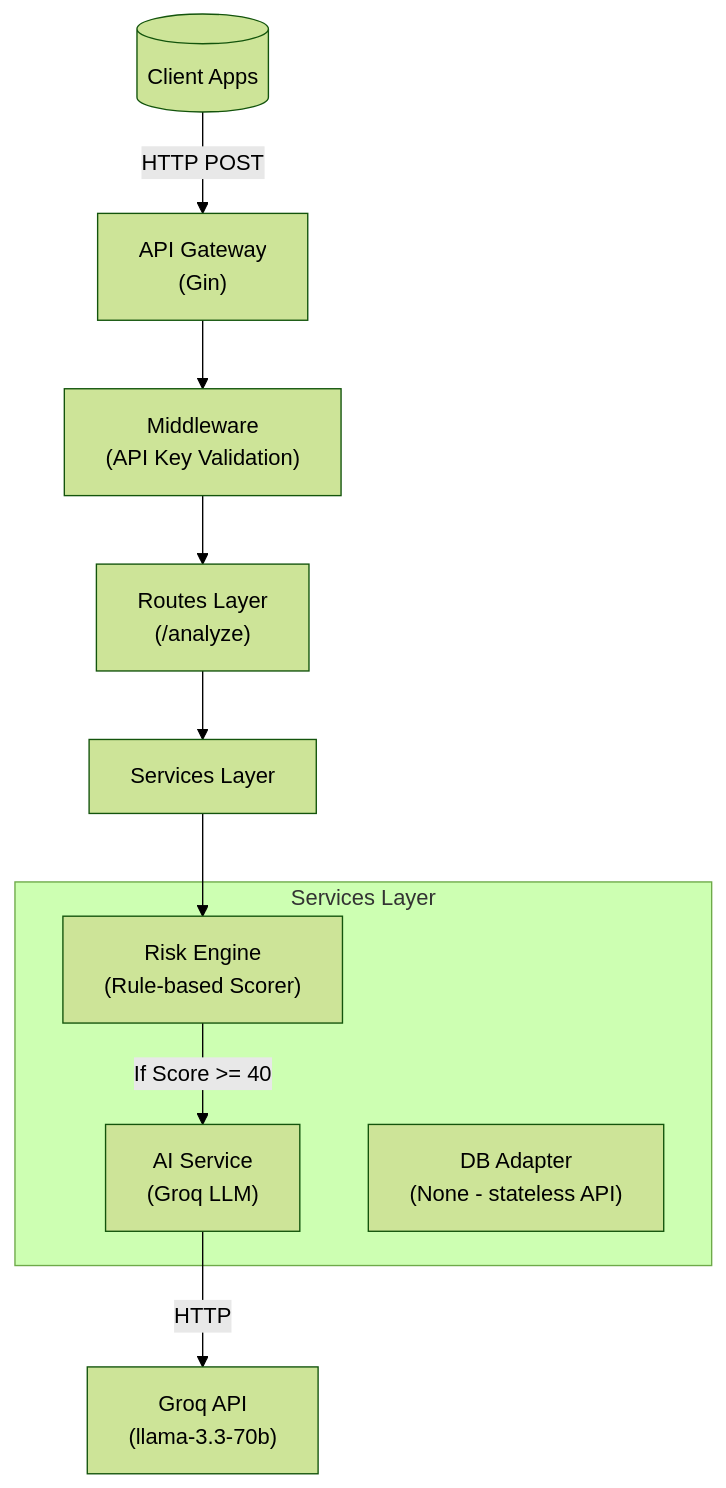
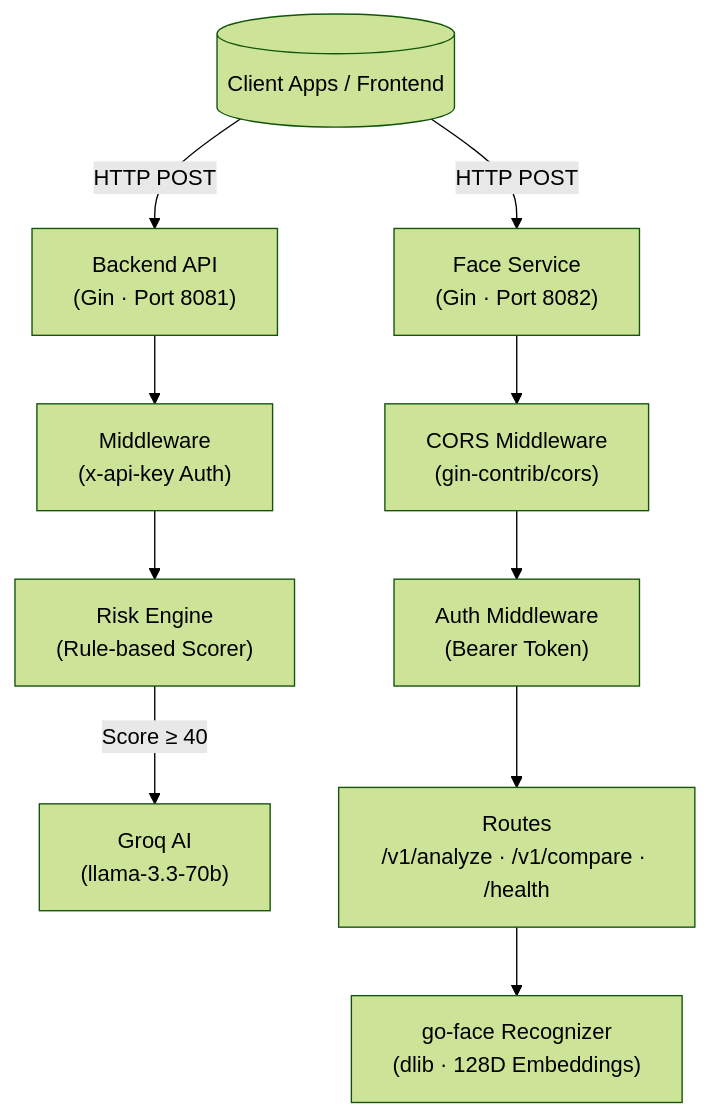
One commit to org-cyber/Raga changed the diagram in README.md. Above: the diagram before and after it, drawn with Mermaid (forest theme). The commit also changed other lines of this file and 14 other files, not shown here.

Commit message:
feat: Implement new Go-based face recognition service with API for image analysis and comparison.

````diff
--- a/README.md
+++ b/README.md
@@ -58,17 +66,14 @@
 ```mermaid
 flowchart TD
-  Client[(Client Apps)] -->|HTTP POST| APIGw["API Gateway\n(Gin)"]
-  APIGw --> MW["Middleware\n(API Key Validation)"]
-  MW --> Routes["Routes Layer\n(/analyze)"]
-  Routes --> Services["Services Layer"]
+  ClientApp[(Client Apps / Frontend)] -->|HTTP POST| BackendAPI["Backend API\n(Gin · Port 8081)"]
+  ClientApp -->|HTTP POST| FaceAPI["Face Service\n(Gin · Port 8082)"]
 
-  subgraph Services Layer
-    Risk["Risk Engine\n(Rule-based Scorer)"]
-    AI["AI Service\n(Groq LLM)"]
-    DB["DB Adapter\n(None - stateless API)"]
-  end
+  BackendAPI --> MW["Middleware\n(x-api-key Auth)"]
+  MW --> RiskEngine["Risk Engine\n(Rule-based Scorer)"]
+  RiskEngine -- "Score ≥ 40" --> GroqAI["Groq AI\n(llama-3.3-70b)"]
 
-  Services --> Risk
-  Risk -- "If Score >= 40" --> AI
-  AI -->|HTTP| ExternalAI["Groq API\n(llama-3.3-70b)"]
+  FaceAPI --> CORS["CORS Middleware\n(gin-contrib/cors)"]
+  CORS --> FaceAuth["Auth Middleware\n(Bearer Token)"]
+  FaceAuth --> FaceRoutes["Routes\n/v1/analyze · /v1/compare · /health"]
+  FaceRoutes --> DlibRecognizer["go-face Recognizer\n(dlib · 128D Embeddings)"]
 ```
````
